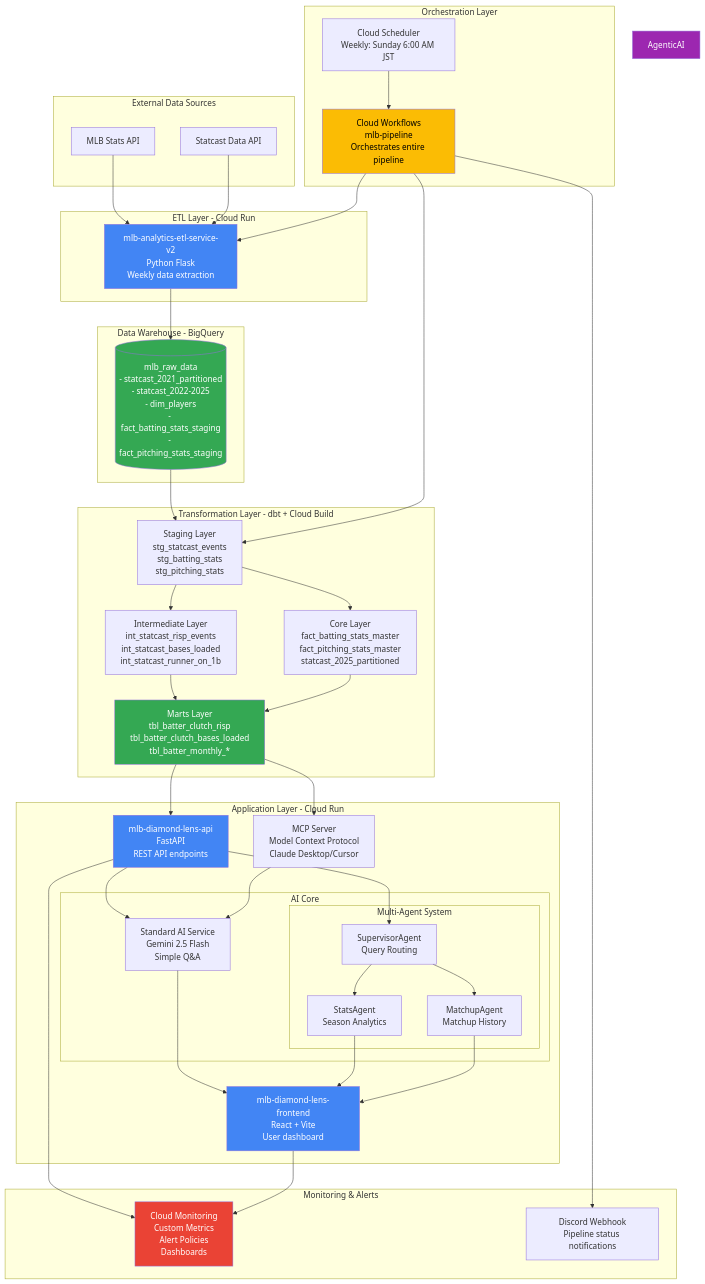
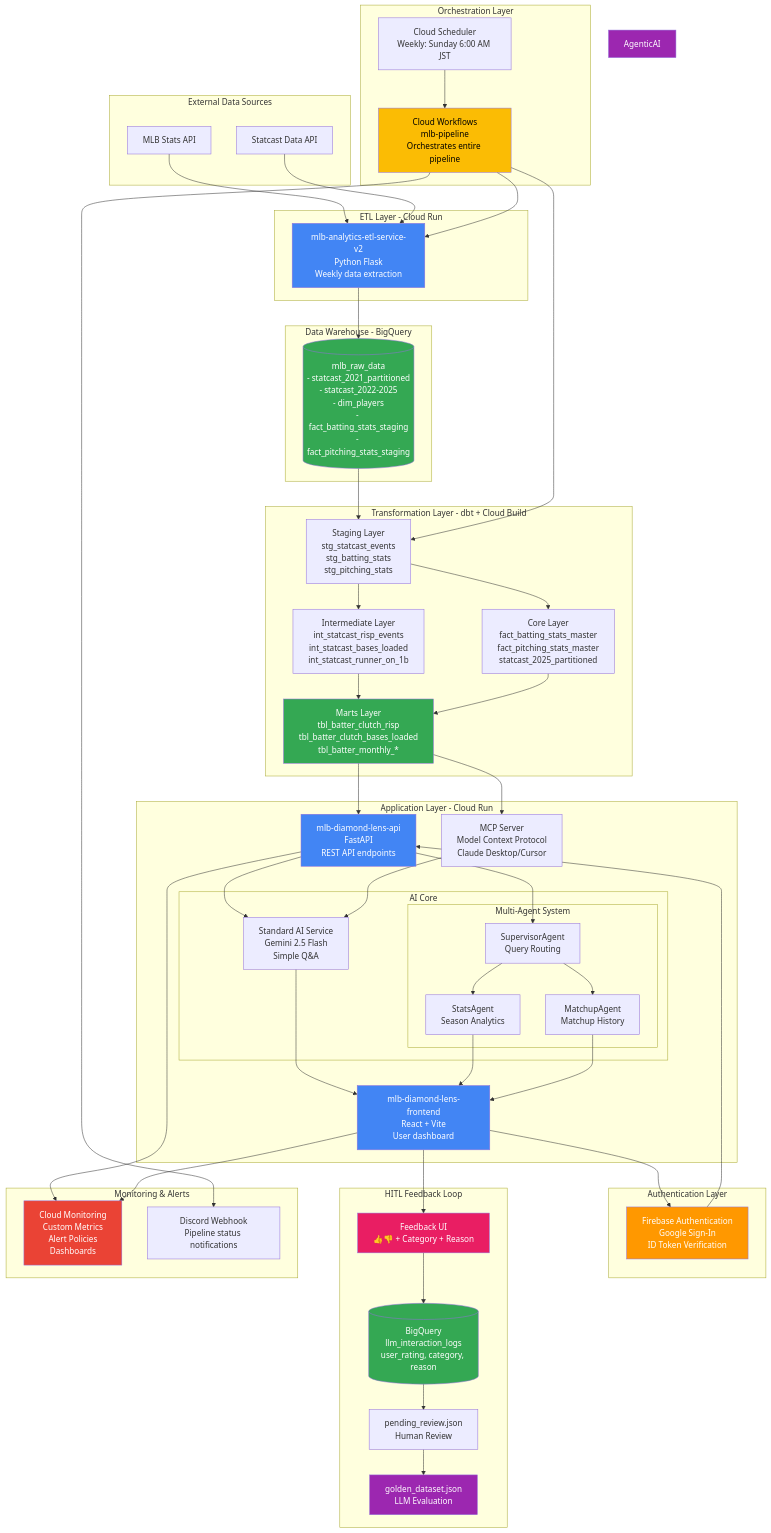
Before and after one commit to takeshimx/takeshimx: the first of 5 diagrams in mlb_diamond_lens/README_architecture.md, drawn with Mermaid. The commit also changed other lines of this file and 2 other files, not shown here.

```diff
--- a/mlb_diamond_lens/README_architecture.md
+++ b/mlb_diamond_lens/README_architecture.md
@@ -40,6 +40,10 @@
         Marts[Marts Layer<br/>tbl_batter_clutch_risp<br/>tbl_batter_clutch_bases_loaded<br/>tbl_batter_monthly_*]
     end
 
+    subgraph "Authentication Layer"
+        FirebaseAuth[Firebase Authentication<br/>Google Sign-In<br/>ID Token Verification]
+    end
+
 subgraph "Application Layer - Cloud Run"
         Backend[mlb-diamond-lens-api<br/>FastAPI<br/>REST API endpoints]
         Frontend[mlb-diamond-lens-frontend<br/>React + Vite<br/>User dashboard]
@@ -60,6 +64,13 @@
         Workflows[Cloud Workflows<br/>mlb-pipeline<br/>Orchestrates entire pipeline]
     end
 
+    subgraph "HITL Feedback Loop"
+        FeedbackUI[Feedback UI<br/>👍👎 + Category + Reason]
+        FeedbackBQ[(BigQuery<br/>llm_interaction_logs<br/>user_rating, category, reason)]
+        PendingReview[pending_review.json<br/>Human Review]
+        GoldenDataset[golden_dataset.json<br/>LLM Evaluation]
+    end
+
     subgraph "Monitoring & Alerts"
         CloudMonitoring[Cloud Monitoring<br/>Custom Metrics<br/>Alert Policies<br/>Dashboards]
         Discord[Discord Webhook<br/>Pipeline status notifications]
@@ -77,6 +88,8 @@
 
     Marts --> Backend
     Marts --> MCPServer
+    Frontend --> FirebaseAuth
+    FirebaseAuth --> Backend
     Backend --> StandardAI
     Backend --> Supervisor
     MCPServer --> StandardAI
@@ -91,9 +104,18 @@
     Workflows --> Staging
     Workflows --> Discord
 
+    Frontend --> FeedbackUI
+    FeedbackUI --> FeedbackBQ
+    FeedbackBQ --> PendingReview
+    PendingReview --> GoldenDataset
+
     Backend --> CloudMonitoring
     Frontend --> CloudMonitoring
 
+    style FeedbackUI fill:#e91e63,color:#fff
+    style FeedbackBQ fill:#34a853,color:#fff
+    style GoldenDataset fill:#9c27b0,color:#fff
+    style FirebaseAuth fill:#ff9800,color:#fff
     style ETL fill:#4285f4,color:#fff
     style Backend fill:#4285f4,color:#fff
     style Frontend fill:#4285f4,color:#fff
```
